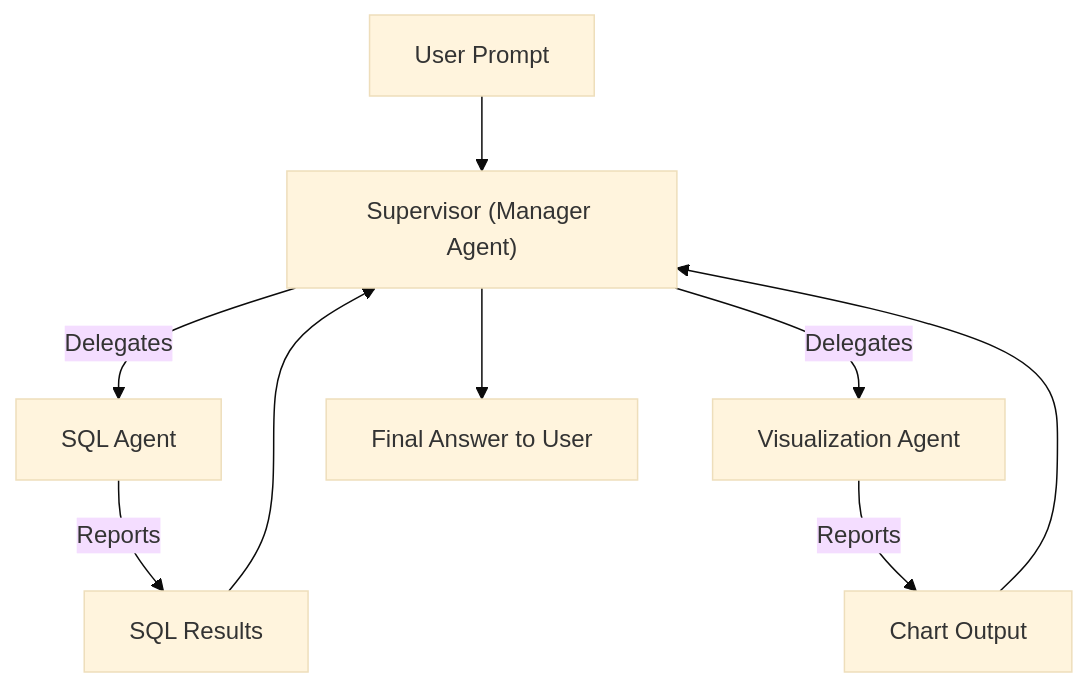
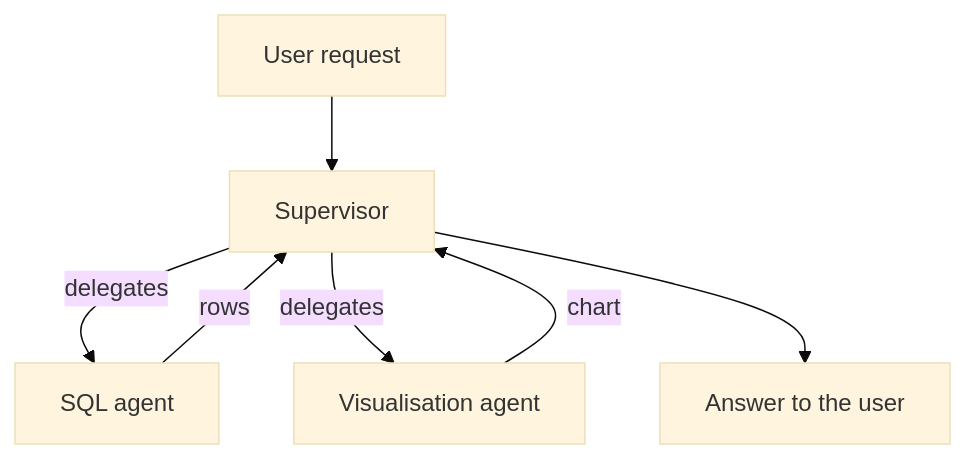
The first of 2 diagrams in mini-courses/1_fundamentals/7_multi_agent.md (lokumai/ai-engineering-bazaar), drawn with Mermaid (base theme) before and after one commit. The commit also changed other lines of this file and 7 other files, not shown here.

````diff
--- a/mini-courses/1_fundamentals/7_multi_agent.md
+++ b/mini-courses/1_fundamentals/7_multi_agent.md
@@ -138,11 +55,9 @@
 ```mermaid
 graph TD
-    A[User Prompt] --> B["Supervisor (Manager Agent)"]
-    B -->|Delegates| C[SQL Agent]
-    C -->|Reports| D[SQL Results]
-    D --> B
-    B -->|Delegates| E[Visualization Agent]
-    E -->|Reports| F[Chart Output]
-    F --> B
-    B --> G[Final Answer to User]
+    A["User request"] --> B["Supervisor"]
+    B -->|delegates| C["SQL agent"]
+    C -->|rows| B
+    B -->|delegates| D["Visualisation agent"]
+    D -->|chart| B
+    B --> E["Answer to the user"]
 ```
````
